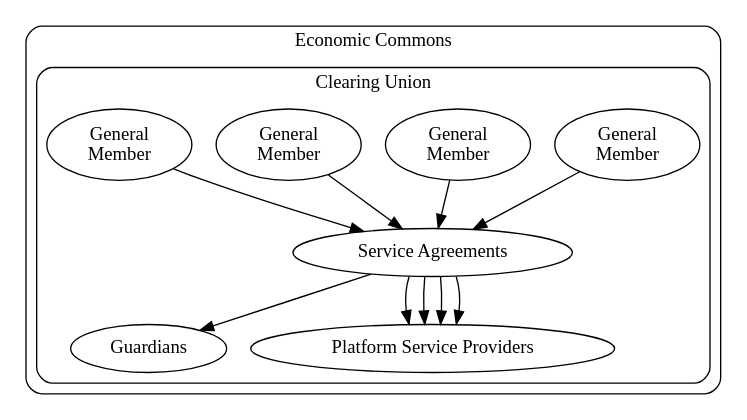
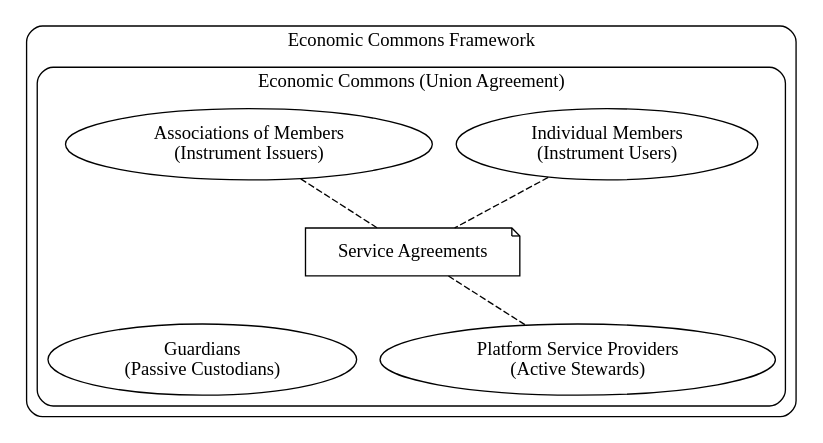
The diagram in docs/legal/index.md (grassrootseconomics/docs.grassecon.org), drawn with Graphviz before and after one commit. The commit also changed other lines of this file and 4 other files, not shown here.

Commit message:
legal diagram and agreement formatting

````diff
--- a/docs/legal/index.md
+++ b/docs/legal/index.md
@@ -19,35 +7,30 @@
 ```graphviz dot clearing_union2.svg
 digraph D {
  compound=true;
 
   subgraph cluster_e {
 
-    label = "Economic Commons";
+    label = "Economic Commons Framework";
      style="rounded"
-
-
 
 
   subgraph cluster_p {
 
-    label = "Clearing Union";
+    label = "Economic Commons (Union Agreement)";
      style="rounded"
+     edge [arrowhead=none,arrowtail=dot,style=dashed];
 
+     e [label= "Guardians\n(Passive Custodians)"]
+     nd_2   [label = "Individual Members\n(Instrument Users)"];
+     nd_1   [label = "Associations of Members\n(Instrument Issuers)"];
+     	serve_1   [label = "Service Agreements",shape="note"];
 
-	e [label= "Guardians"]
-        nd_1   [label = "General\nMember"];
-        nd_2   [label = "General\nMember"];
-        nd_3   [label = "General\nMember"];
-        nd_4   [label = "General\nMember"];
-	serve_1   [label = "Service Agreements"];
-	csp   [label = "Platform Service Providers"];
+	csp   [label = "Platform Service Providers\n(Active Stewards)"];
         nd_1 -> serve_1 -> csp
-        nd_2 -> serve_1 -> csp
-        nd_3 -> serve_1 -> csp
-        nd_4 -> serve_1 -> csp
-	serve_1 -> e;
+        nd_2 -> serve_1
+	serve_1 -> e [ style = invis ];
 
   }
     }
 }
 ```
````
